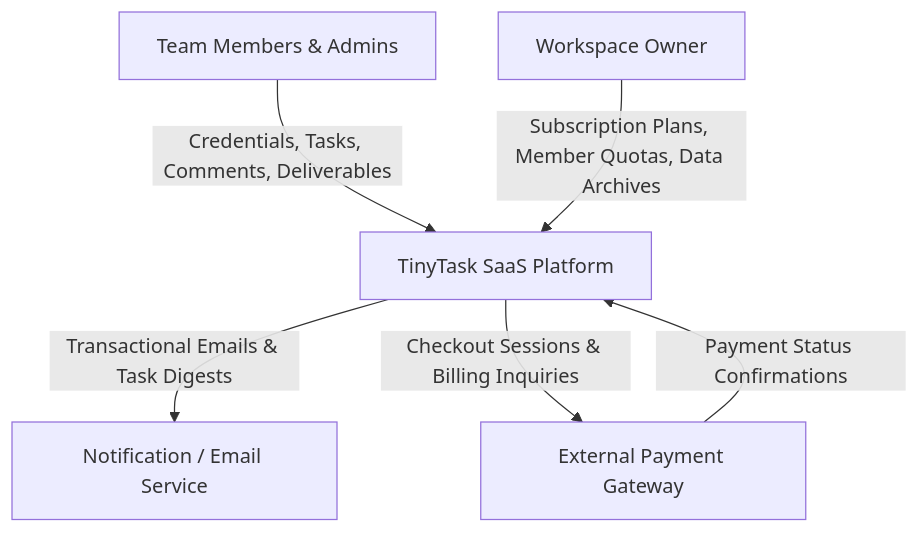
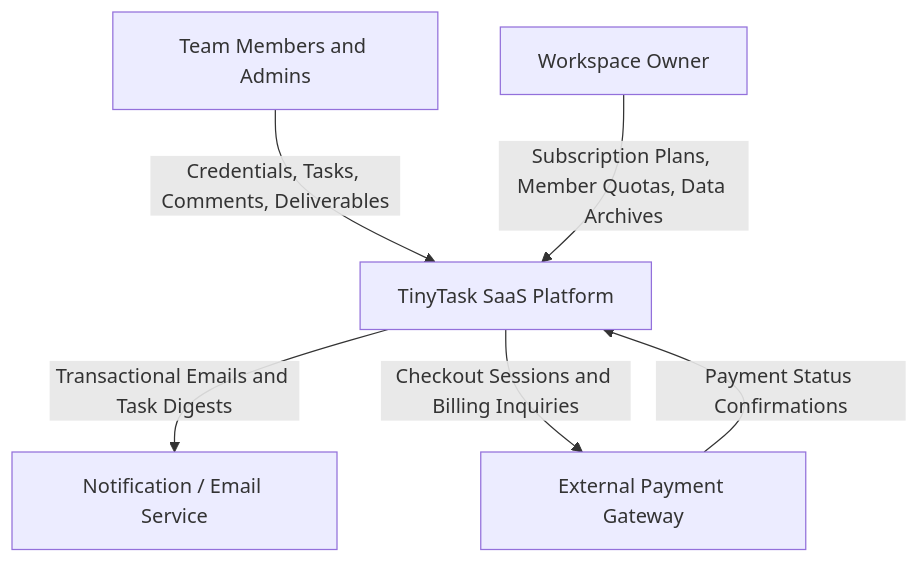
The first of 9 diagrams in cases/Case_01_TinyTask_SaaS/03_PHASE3_SPEC/Doc02_System_Use_Cases.md (pauloribeiro16/aegis-mvp), drawn with Mermaid before and after one commit. The commit also changed other lines of this file and 1 other file, not shown here.

Commit message:
fix(phase3): remove sequence diagrams and use clean error-free UML Use Case diagrams in Doc02

````diff
--- a/cases/Case_01_TinyTask_SaaS/03_PHASE3_SPEC/Doc02_System_Use_Cases.md
+++ b/cases/Case_01_TinyTask_SaaS/03_PHASE3_SPEC/Doc02_System_Use_Cases.md
@@ -131,8 +130,8 @@
 ```mermaid
 flowchart TD
-    User["Team Members & Admins"] -->|Credentials, Tasks, Comments, Deliverables| TT["TinyTask SaaS Platform"]
+    User["Team Members and Admins"] -->|Credentials, Tasks, Comments, Deliverables| TT["TinyTask SaaS Platform"]
     Owner["Workspace Owner"] -->|Subscription Plans, Member Quotas, Data Archives| TT
-    TT -->|Transactional Emails & Task Digests| Mail["Notification / Email Service"]
-    TT -->|Checkout Sessions & Billing Inquiries| Gateway["External Payment Gateway"]
+    TT -->|Transactional Emails and Task Digests| Mail["Notification / Email Service"]
+    TT -->|Checkout Sessions and Billing Inquiries| Gateway["External Payment Gateway"]
     Gateway -->|Payment Status Confirmations| TT
 ```
````
